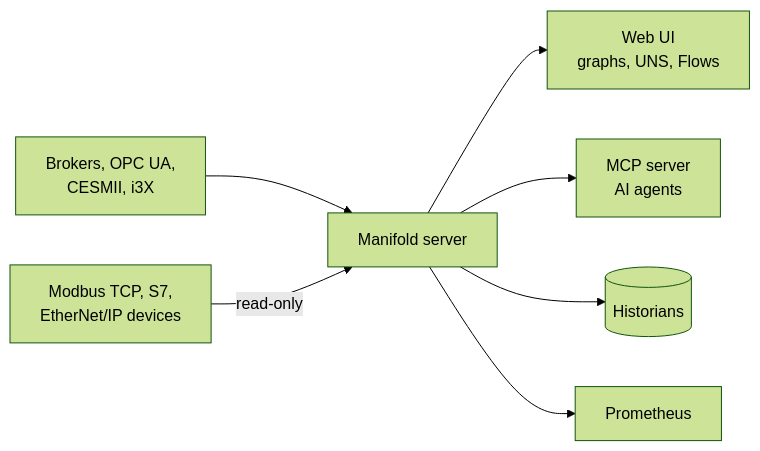
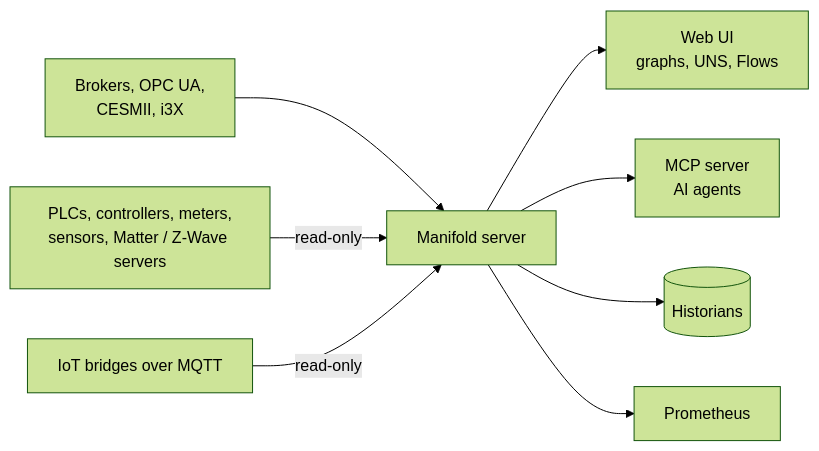
Before and after one commit to zbest1000/manifold: the diagram in docs/wiki/Home.md, drawn with Mermaid (forest theme). The commit also changed other lines of this file and 71 other files, not shown here.

````diff
--- a/docs/wiki/Home.md
+++ b/docs/wiki/Home.md
@@ -34,9 +37,10 @@
 ```mermaid
 flowchart LR
     SRC[Brokers, OPC UA,<br/>CESMII, i3X] --> M[Manifold server]
-    PLC[Modbus TCP, S7,<br/>EtherNet/IP devices] -- read-only --> M
+    PLC[PLCs, controllers, meters,<br/>sensors, Matter / Z-Wave servers] -- read-only --> M
+    IOT[IoT bridges over MQTT] -- read-only --> M
     M --> UI[Web UI<br/>graphs, UNS, Flows]
     M --> MCP[MCP server<br/>AI agents]
     M --> H[(Historians)]
     M --> PROM[Prometheus]
 ```
````
